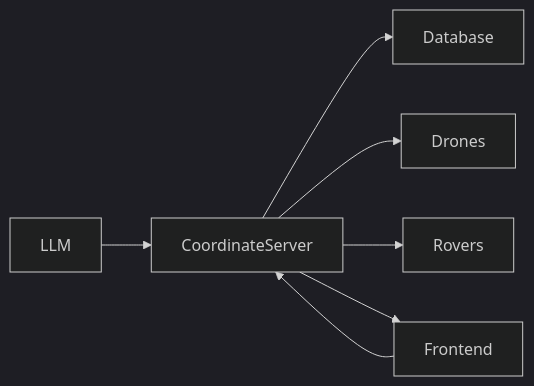
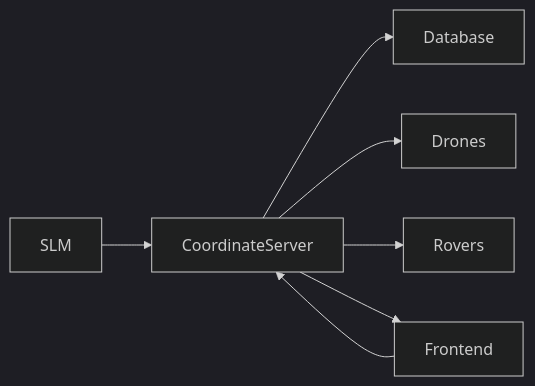
The diagram in coordinate-server-spec.md (Java-Village/slm-toolkits), drawn with Mermaid (dark theme) before and after one commit.

Commit message:
fix: correct LLM to SLM in system architecture diagram

````diff
--- a/coordinate-server-spec.md
+++ b/coordinate-server-spec.md
@@ -9,9 +9,9 @@
 ```mermaid
 graph LR
-    LLM --> CoordinateServer
+    SLM --> CoordinateServer
     CoordinateServer --> Database
     CoordinateServer --> Drones
     CoordinateServer --> Rovers
     Frontend --> CoordinateServer
     CoordinateServer --> Frontend
 ```
````
